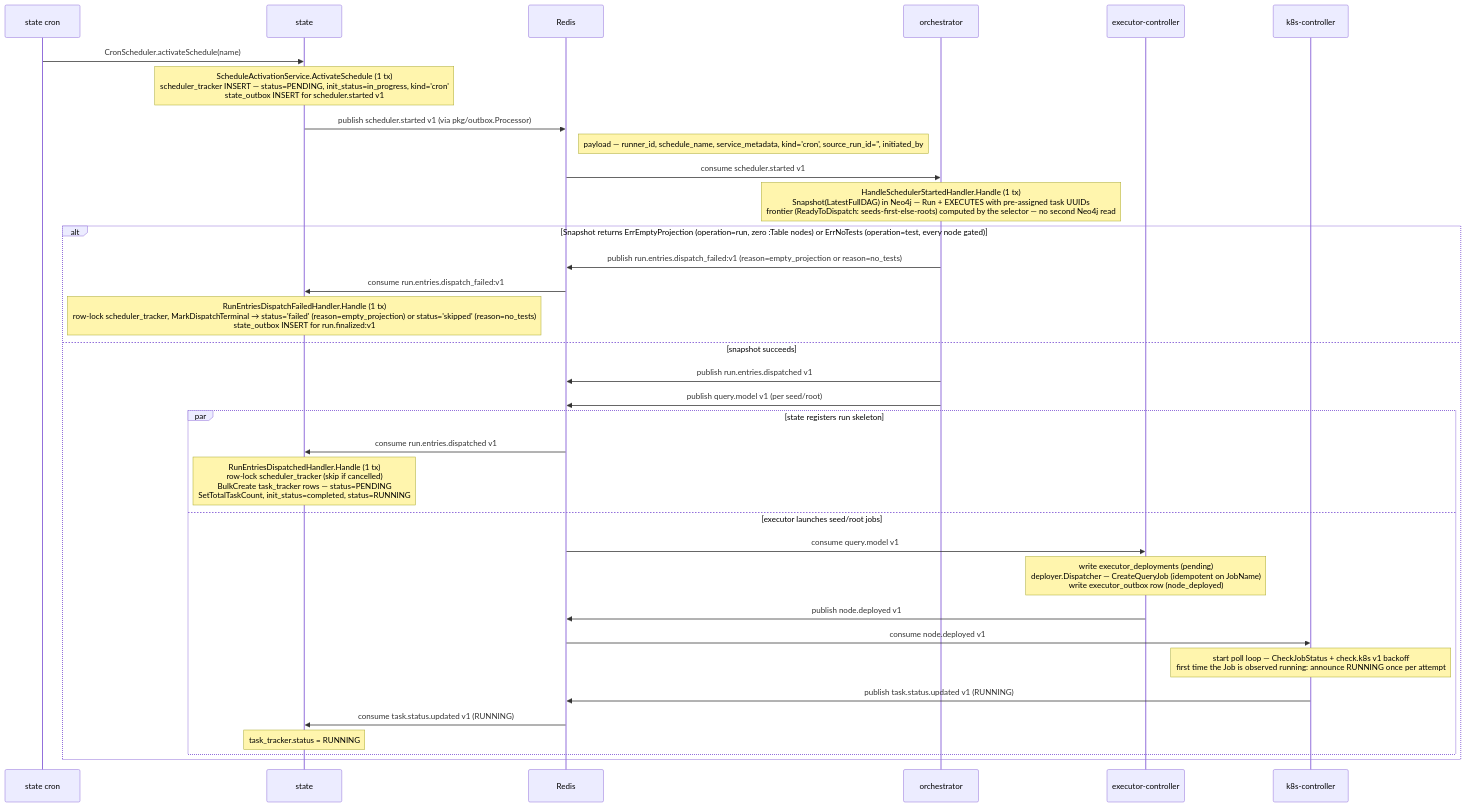
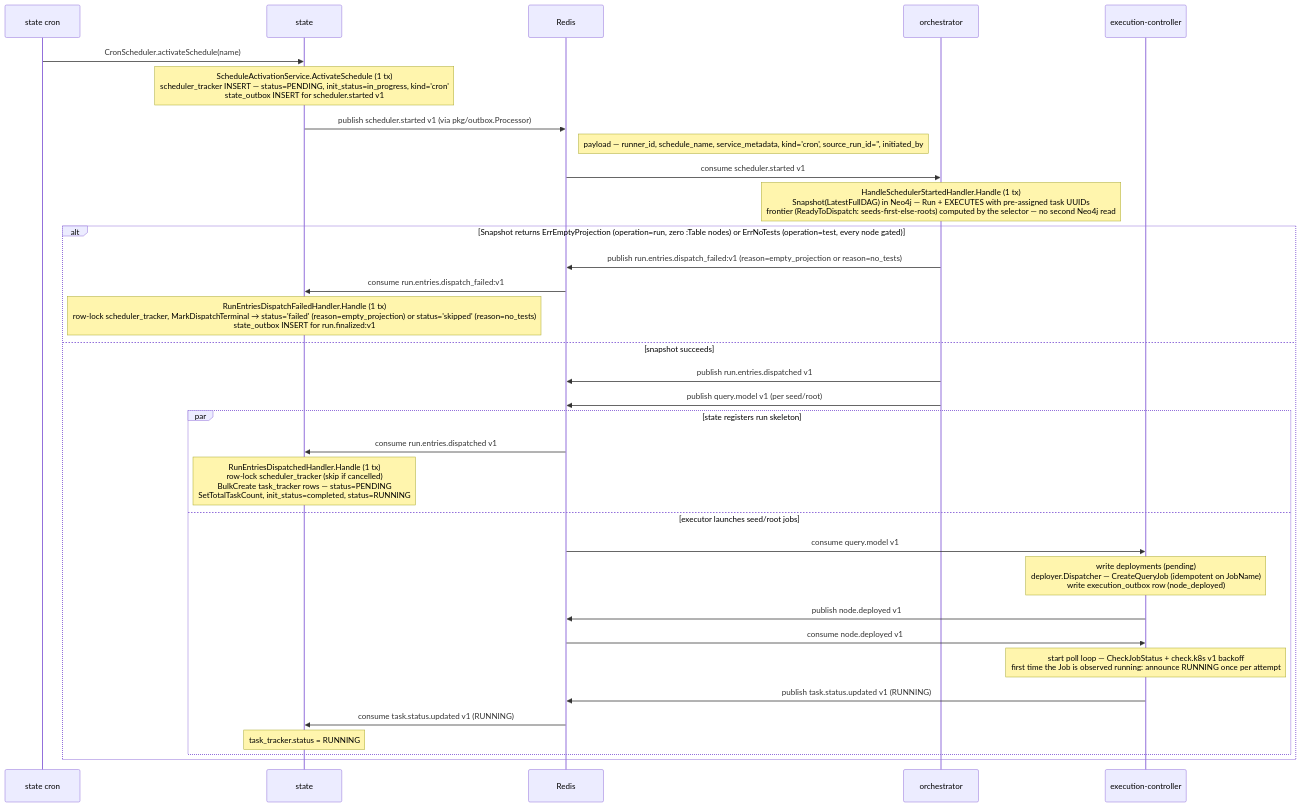
The first of 16 diagrams in docs/arch/03-sequence-flows.md (carolsimone/continuo), drawn with Mermaid before and after one commit. The commit also changed other lines of this file and 504 other files, not shown here.

First line of the commit message:
execution-controller: merge executor-controller and k8s-controller into one service (#553)

````diff
--- a/docs/arch/03-sequence-flows.md
+++ b/docs/arch/03-sequence-flows.md
@@ -5,39 +5,38 @@
 ```mermaid
 sequenceDiagram
   participant Cron as state cron
   participant ST as state
   participant R as Redis
   participant OR as orchestrator
-  participant EC as executor-controller
-  participant KC as k8s-controller
+  participant EC as execution-controller
 
   Cron->>ST: CronScheduler.activateSchedule(name)
   Note over ST: ScheduleActivationService.ActivateSchedule (1 tx)<br/>scheduler_tracker INSERT — status=PENDING, init_status=in_progress, kind='cron'<br/>state_outbox INSERT for scheduler.started v1
   ST->>R: publish scheduler.started v1 (via pkg/outbox.Processor)
   Note right of R: payload — runner_id, schedule_name, service_metadata, kind='cron', source_run_id='', initiated_by
 
   R->>OR: consume scheduler.started v1
   Note over OR: HandleSchedulerStartedHandler.Handle (1 tx)<br/>Snapshot(LatestFullDAG) in Neo4j — Run + EXECUTES with pre-assigned task UUIDs<br/>frontier (ReadyToDispatch: seeds-first-else-roots) computed by the selector — no second Neo4j read
   alt Snapshot returns ErrEmptyProjection (operation=run, zero :Table nodes) or ErrNoTests (operation=test, every node gated)
     OR->>R: publish run.entries.dispatch_failed:v1 (reason=empty_projection or reason=no_tests)
     R->>ST: consume run.entries.dispatch_failed:v1
     Note over ST: RunEntriesDispatchFailedHandler.Handle (1 tx)<br/>row-lock scheduler_tracker, MarkDispatchTerminal → status='failed' (reason=empty_projection) or status='skipped' (reason=no_tests)<br/>state_outbox INSERT for run.finalized:v1
   else snapshot succeeds
     OR->>R: publish run.entries.dispatched v1
     OR->>R: publish query.model v1 (per seed/root)
 
     par state registers run skeleton
       R->>ST: consume run.entries.dispatched v1
       Note over ST: RunEntriesDispatchedHandler.Handle (1 tx)<br/>row-lock scheduler_tracker (skip if cancelled)<br/>BulkCreate task_tracker rows — status=PENDING<br/>SetTotalTaskCount, init_status=completed, status=RUNNING
     and executor launches seed/root jobs
       R->>EC: consume query.model v1
-      Note over EC: write executor_deployments (pending)<br/>deployer.Dispatcher — CreateQueryJob (idempotent on JobName)<br/>write executor_outbox row (node_deployed)
+      Note over EC: write deployments (pending)<br/>deployer.Dispatcher — CreateQueryJob (idempotent on JobName)<br/>write execution_outbox row (node_deployed)
       EC->>R: publish node.deployed v1
-      R->>KC: consume node.deployed v1
-      Note over KC: start poll loop — CheckJobStatus + check.k8s v1 backoff<br/>first time the Job is observed running: announce RUNNING once per attempt
-      KC->>R: publish task.status.updated v1 (RUNNING)
+      R->>EC: consume node.deployed v1
+      Note over EC: start poll loop — CheckJobStatus + check.k8s v1 backoff<br/>first time the Job is observed running: announce RUNNING once per attempt
+      EC->>R: publish task.status.updated v1 (RUNNING)
       R->>ST: consume task.status.updated v1 (RUNNING)
       Note over ST: task_tracker.status = RUNNING
     end
   end
 ```
````
